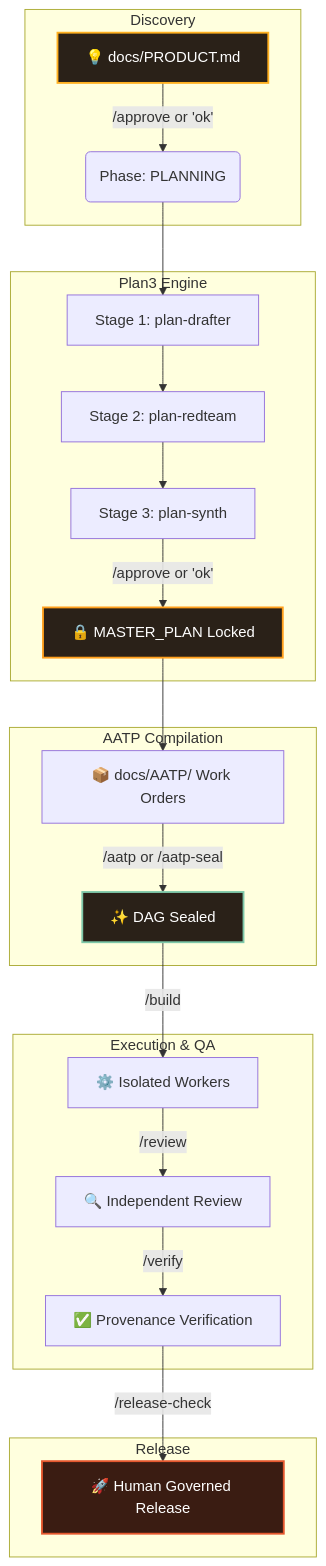
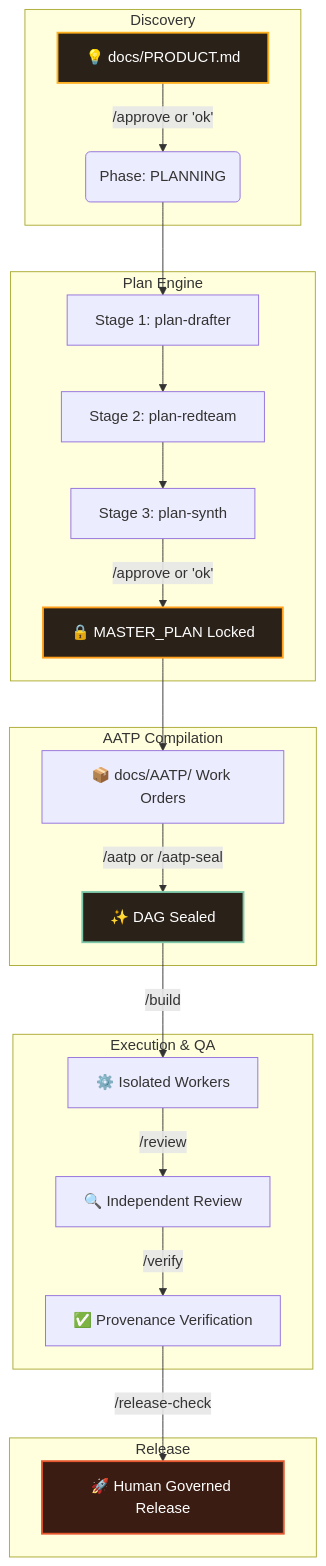
One commit to oaichu/OMP-foundry changed the diagram in README.md. Above: the diagram before and after it, drawn with Mermaid. The commit also changed other lines of this file and 16 other files, not shown here.

Commit message:
refactor: completely unify 'Plan3' terminology to 'Plan' across codebase and config schema

````diff
--- a/README.md
+++ b/README.md
@@ -85,33 +85,33 @@
 ```mermaid
 flowchart TD
     subgraph Discovery
         A[💡 docs/PRODUCT.md] -->|/approve or 'ok'| B(Phase: PLANNING)
     end
 
-    subgraph Plan3 Engine
+    subgraph Plan Engine
         B --> C[Stage 1: plan-drafter]
         C --> D[Stage 2: plan-redteam]
         D --> E[Stage 3: plan-synth]
         E -->|/approve or 'ok'| F[🔒 MASTER_PLAN Locked]
     end
 
     subgraph AATP Compilation
         F --> G[📦 docs/AATP/ Work Orders]
         G -->|/aatp or /aatp-seal| H[✨ DAG Sealed]
     end
 
     subgraph Execution & QA
         H -->|/build| I[⚙️ Isolated Workers]
         I -->|/review| J[🔍 Independent Review]
         J -->|/verify| K[✅ Provenance Verification]
     end
 
     subgraph Release
         K -->|/release-check| L[🚀 Human Governed Release]
     end
 
     style A fill:#2A2118,stroke:#FFB020,stroke-width:2px,color:#FFF
     style F fill:#2A2118,stroke:#FF9F1C,stroke-width:2px,color:#FFF
     style H fill:#2A2118,stroke:#7EC8A9,stroke-width:2px,color:#FFF
     style L fill:#3A1C12,stroke:#E4572E,stroke-width:2px,color:#FFF
 ```
````
